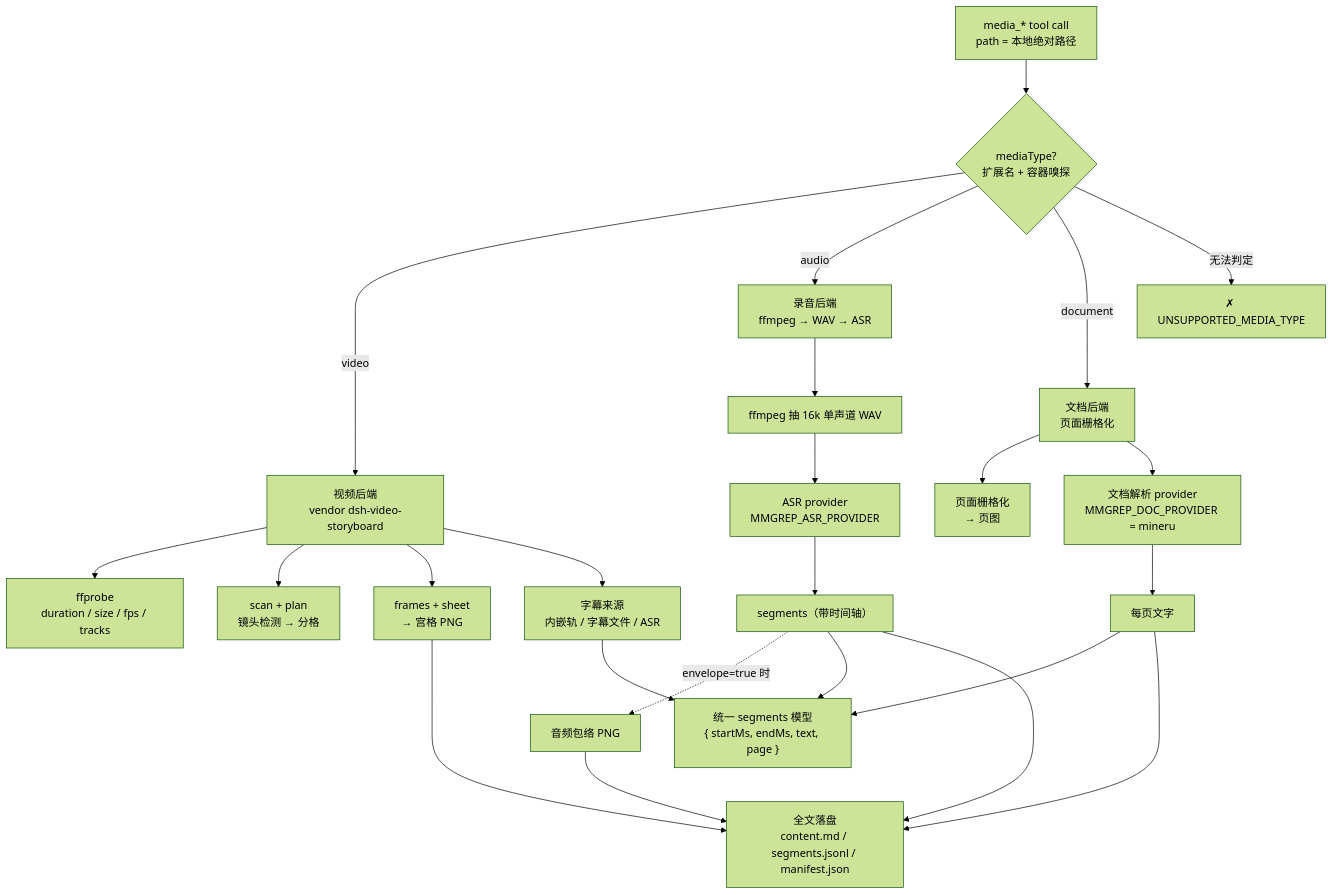
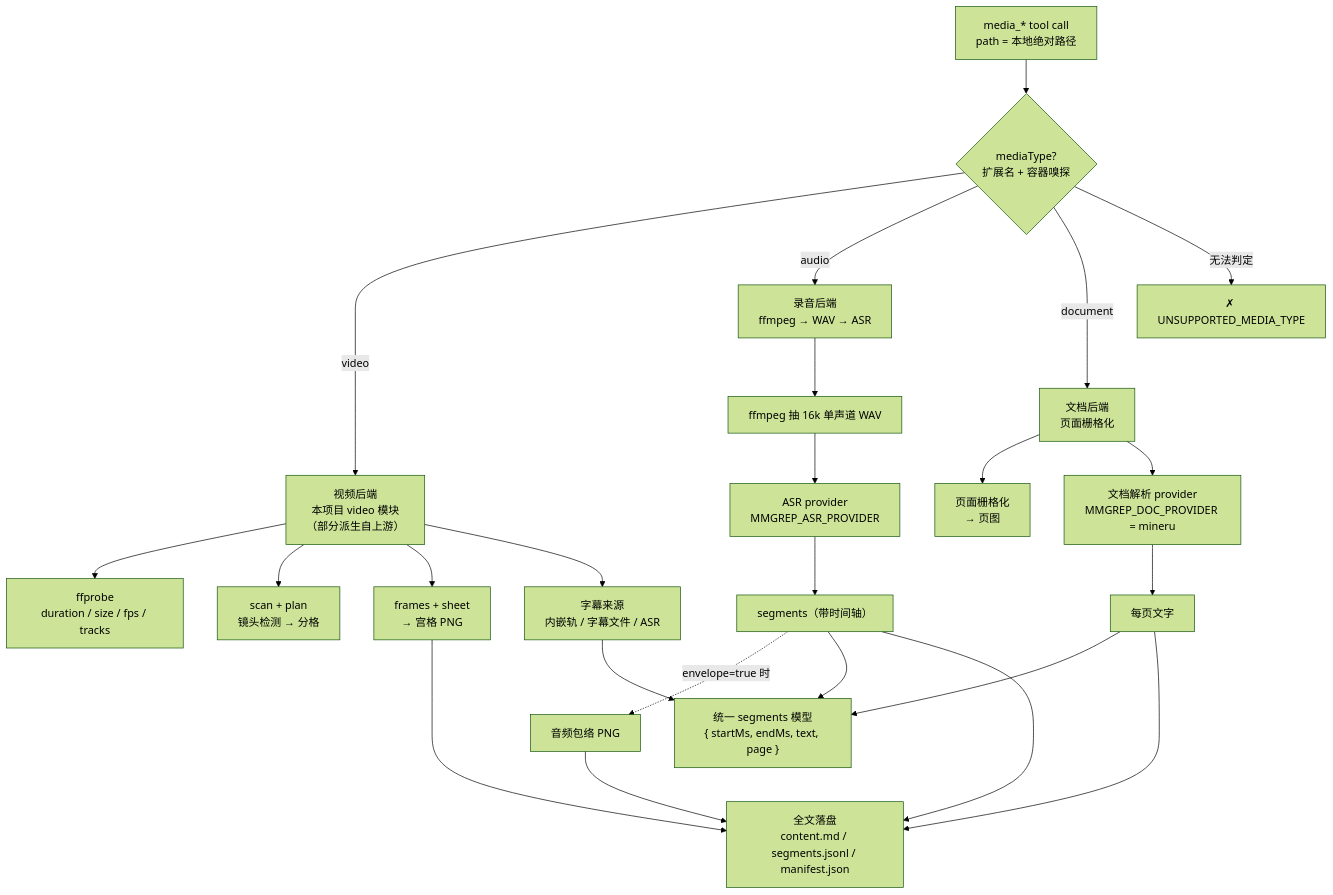
The diagram in docs/mcp-contract.md (flmaximwang/MultiMediaGrep), drawn with Mermaid (forest theme) before and after one commit. The commit also changed other lines of this file and 4 other files, not shown here.

````diff
--- a/docs/mcp-contract.md
+++ b/docs/mcp-contract.md
@@ -60,31 +60,31 @@
 ```mermaid
 flowchart TD
   A["media_* tool call<br/>path = 本地绝对路径"] --> B{"mediaType?<br/>扩展名 + 容器嗅探"}
-  B -->|video| V["视频后端<br/>vendor dsh-video-storyboard"]
+  B -->|video| V["视频后端<br/>本项目 video 模块<br/>（部分派生自上游）"]
   B -->|audio| AU["录音后端<br/>ffmpeg → WAV → ASR"]
   B -->|document| D["文档后端<br/>页面栅格化"]
   B -->|无法判定| E["✗ UNSUPPORTED_MEDIA_TYPE"]
 
   V --> V1["ffprobe<br/>duration / size / fps / tracks"]
   V --> V2["scan + plan<br/>镜头检测 → 分格"]
   V --> V3["frames + sheet<br/>→ 宫格 PNG"]
   V --> V4["字幕来源<br/>内嵌轨 / 字幕文件 / ASR"]
 
   AU --> AU1["ffmpeg 抽 16k 单声道 WAV"]
   AU1 --> AU2["ASR provider<br/>MMGREP_ASR_PROVIDER"]
   AU2 --> AU3["segments（带时间轴）"]
   AU3 -. "envelope=true 时" .-> AU4["音频包络 PNG"]
 
   D --> D1["页面栅格化<br/>→ 页图"]
   D --> D2["文档解析 provider<br/>MMGREP_DOC_PROVIDER = mineru"]
   D2 --> D3["每页文字"]
 
   V4 --> T["统一 segments 模型<br/>{ startMs, endMs, text, page }"]
   AU3 --> T
   D3 --> T
 
   V3 --> OUT["全文落盘<br/>content.md / segments.jsonl / manifest.json"]
   AU3 --> OUT
   D3 --> OUT
   AU4 --> OUT
 ```
````
